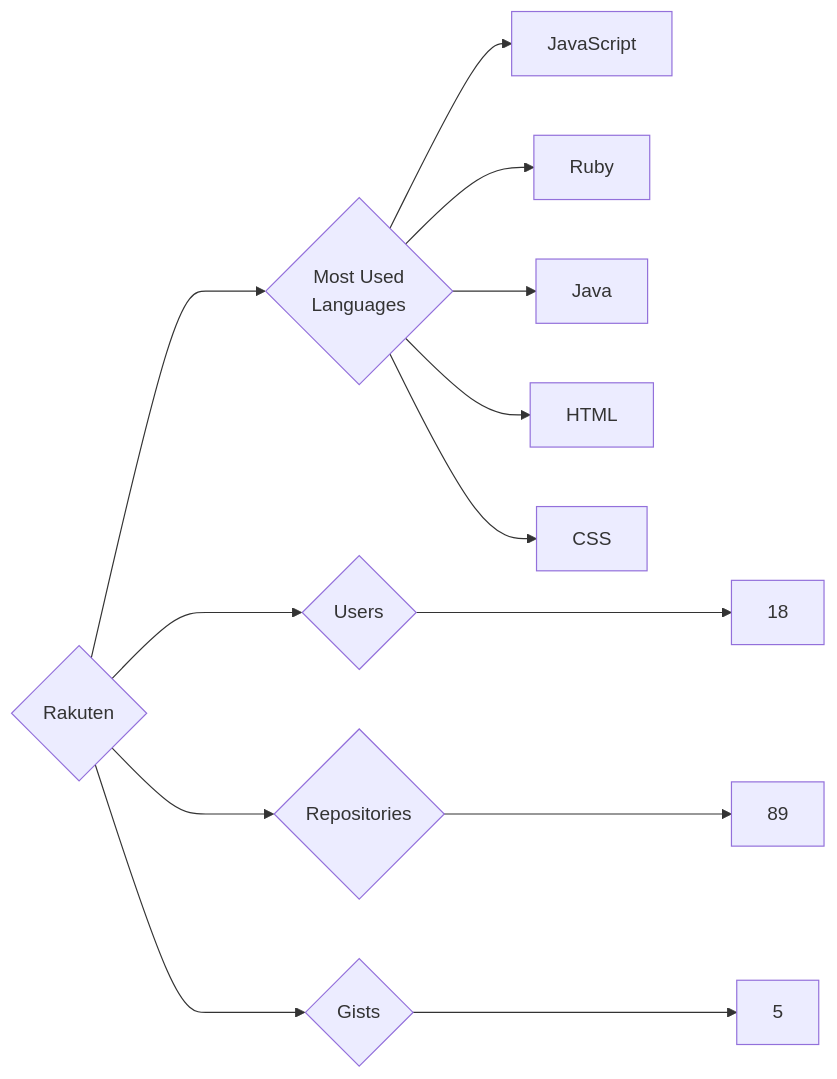
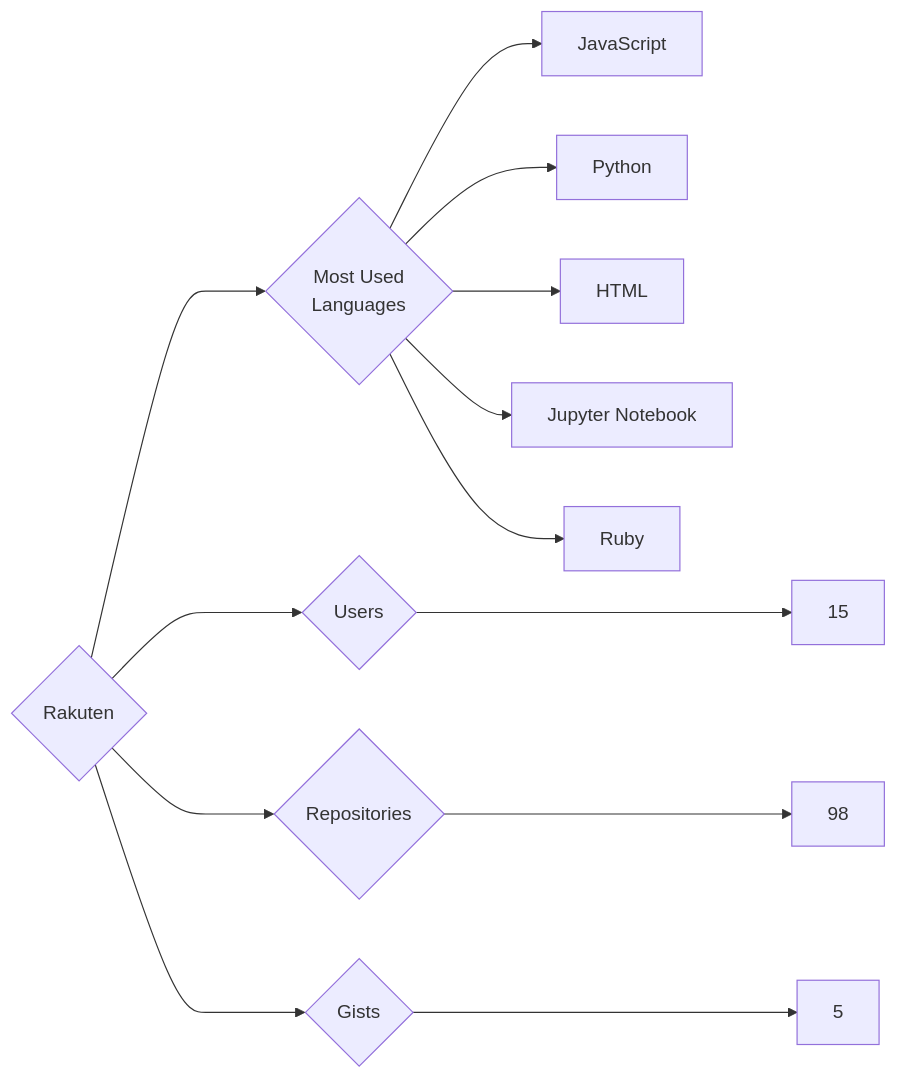
Before and after one commit to trickest/insiders: the diagram in targets/Rakuten/README.md, drawn with Mermaid. The commit also changed 715 other files, not shown here.

````diff
--- a/targets/Rakuten/README.md
+++ b/targets/Rakuten/README.md
@@ -3,13 +3,13 @@
 ```mermaid
 graph LR
 COMPANY_NAME{Rakuten}
-COMPANY_NAME ---> U{Users} ---> UN[18]
-COMPANY_NAME ---> R{Repositories} ---> RN[89]
+COMPANY_NAME ---> U{Users} ---> UN[15]
+COMPANY_NAME ---> R{Repositories} ---> RN[98]
 COMPANY_NAME ---> G{Gists} ---> GN[5]
 COMPANY_NAME ---> ML{Most Used<br>Languages}
 ML --> JavaScript[JavaScript]
+ML --> Python[Python]
+ML --> HTML[HTML]
+ML --> Jupyter_Notebook[Jupyter Notebook]
 ML --> Ruby[Ruby]
-ML --> Java[Java]
-ML --> HTML[HTML]
-ML --> CSS[CSS]
 ```
````
